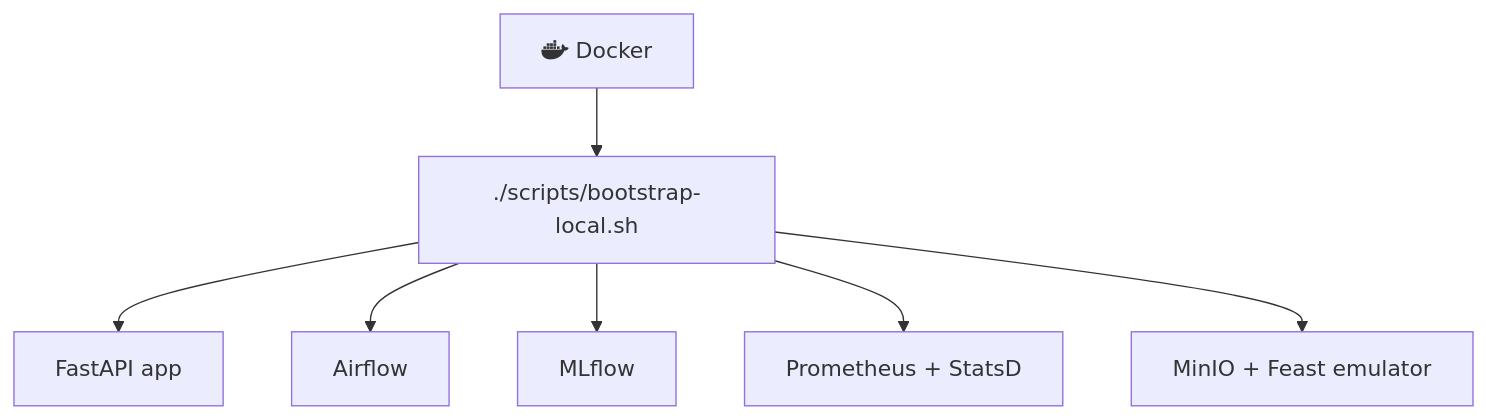
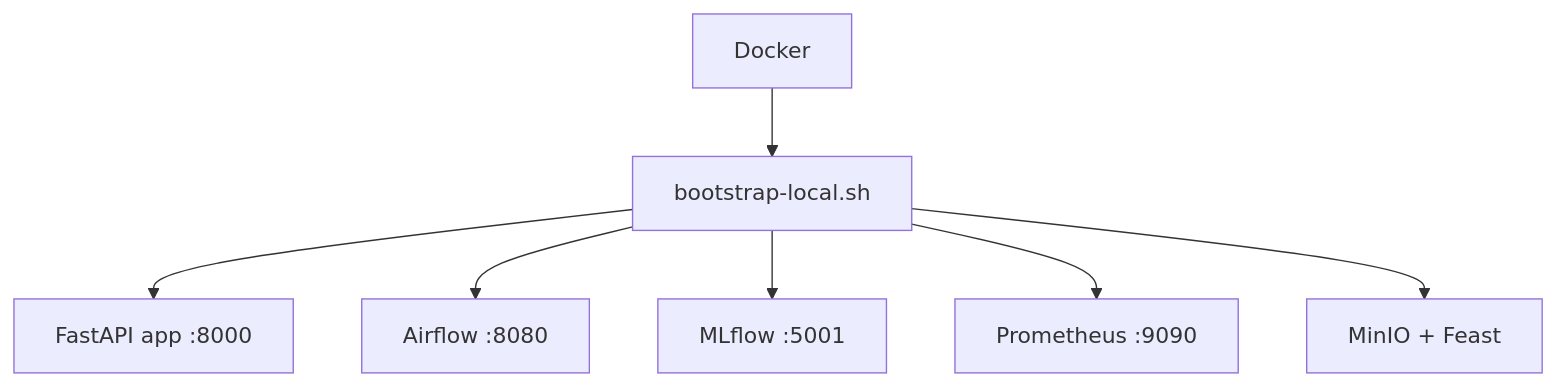
The diagram in docs/site/getting-started.md (javihslu/foehncast), drawn with Mermaid before and after one commit. The commit also changed other lines of this file and 6 other files, not shown here.

```diff
--- a/docs/site/getting-started.md
+++ b/docs/site/getting-started.md
@@ -28,9 +32,9 @@
 <div class="mermaid">
 flowchart TD
-  DOCKER["fab:fa-docker Docker"] --> BOOT["./scripts/bootstrap-local.sh"]
-  BOOT --> APP["FastAPI app"]
-  BOOT --> AIR["Airflow"]
-  BOOT --> MLF["MLflow"]
-  BOOT --> MON["Prometheus + StatsD"]
-  BOOT --> DATA["MinIO + Feast emulator"]
+  DOCKER["Docker"] --> BOOT["bootstrap-local.sh"]
+  BOOT --> APP["FastAPI app :8000"]
+  BOOT --> AIR["Airflow :8080"]
+  BOOT --> MLF["MLflow :5001"]
+  BOOT --> MON["Prometheus :9090"]
+  BOOT --> DATA["MinIO + Feast"]
 </div>
```
